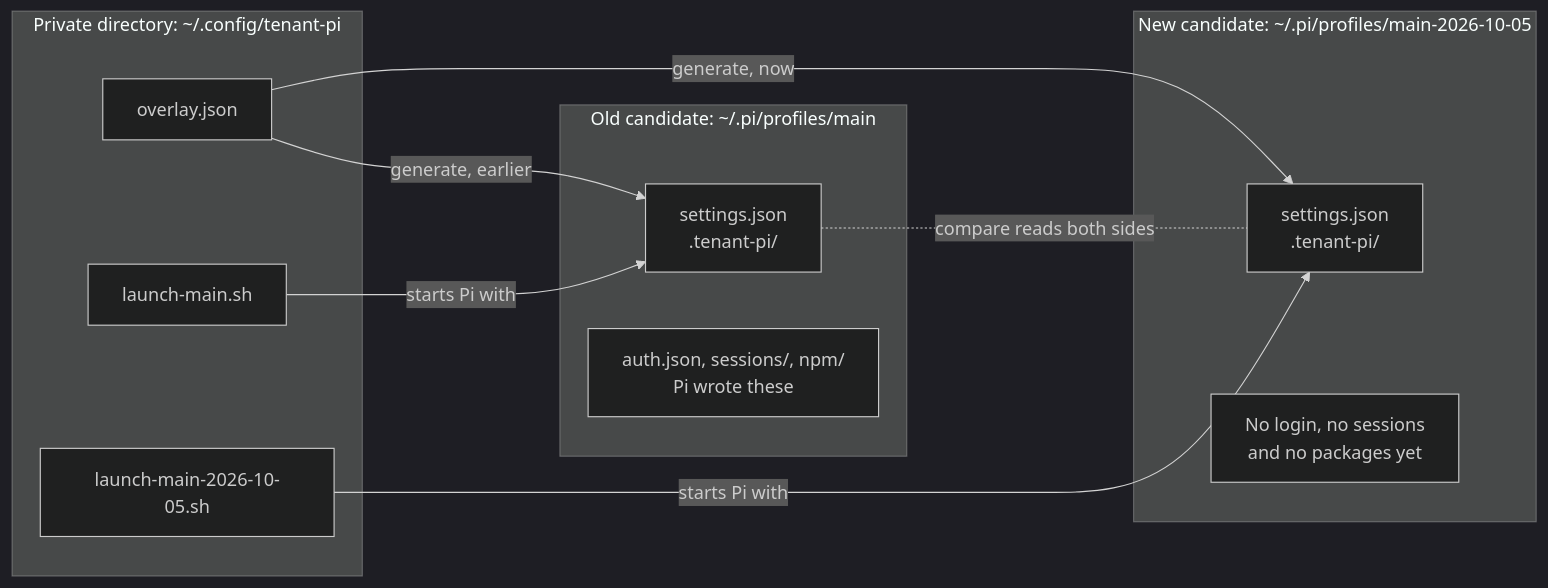
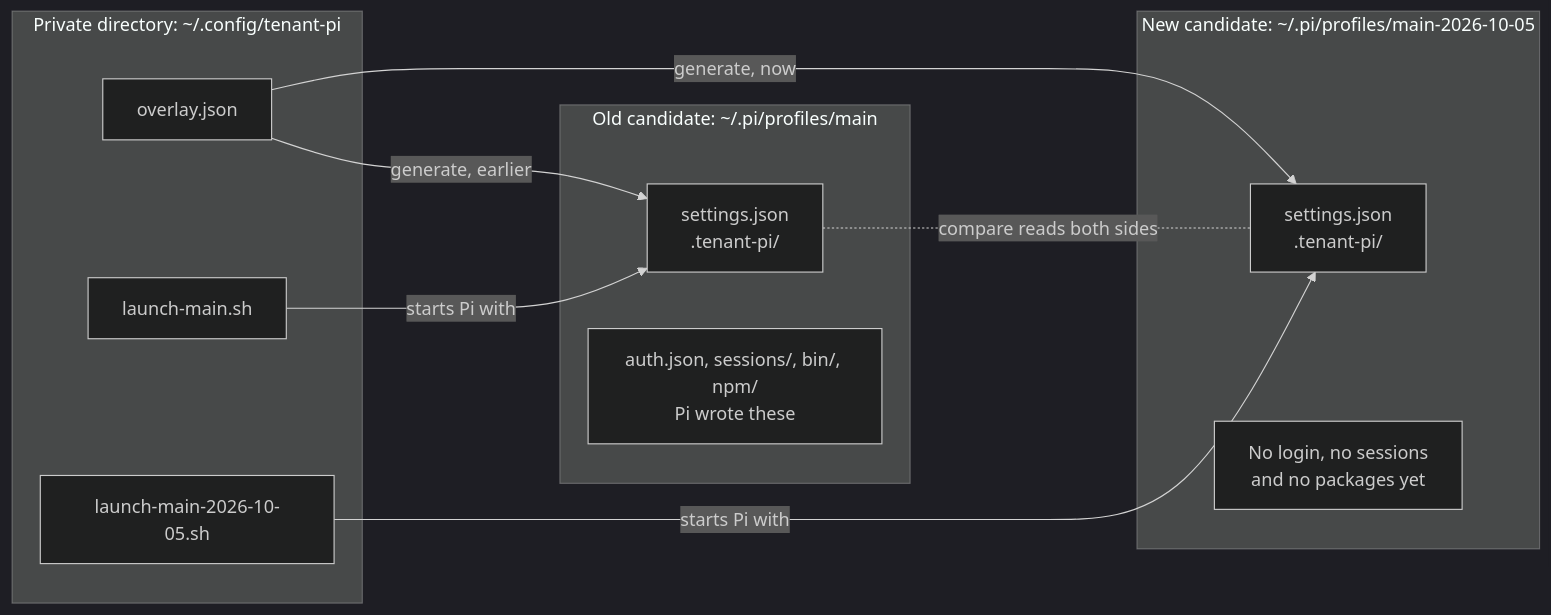
Before and after one commit to ryg40/tenant-docs: the second of 2 diagrams in src/content/docs/tenant-pi/use/candidate-update.mdx, drawn with Mermaid (dark theme). The commit also changed other lines of this file and 195 other files, not shown here.

````diff
--- a/src/content/docs/tenant-pi/use/candidate-update.mdx
+++ b/src/content/docs/tenant-pi/use/candidate-update.mdx
@@ -46,21 +48,21 @@
 ```mermaid
 flowchart LR
     subgraph dirsPrivate["Private directory: ~/.config/tenant-pi"]
         dirsOverlay["overlay.json"]
         dirsLaunchOld["launch-main.sh"]
         dirsLaunchNew["launch-main-2026-10-05.sh"]
     end
     subgraph dirsOld["Old candidate: ~/.pi/profiles/main"]
         dirsOldFiles["settings.json<br/>.tenant-pi/"]
-        dirsOldState["auth.json, sessions/, npm/<br/>Pi wrote these"]
+        dirsOldState["auth.json, sessions/, bin/, npm/<br/>Pi wrote these"]
     end
     subgraph dirsNew["New candidate: ~/.pi/profiles/main-2026-10-05"]
         dirsNewFiles["settings.json<br/>.tenant-pi/"]
         dirsNewState["No login, no sessions<br/>and no packages yet"]
     end
     dirsOverlay -- "generate, earlier" --> dirsOldFiles
     dirsOverlay -- "generate, now" --> dirsNewFiles
     dirsOldFiles -. "compare reads both sides" .- dirsNewFiles
     dirsLaunchOld -- "starts Pi with" --> dirsOldFiles
     dirsLaunchNew -- "starts Pi with" --> dirsNewFiles
 ```
````
